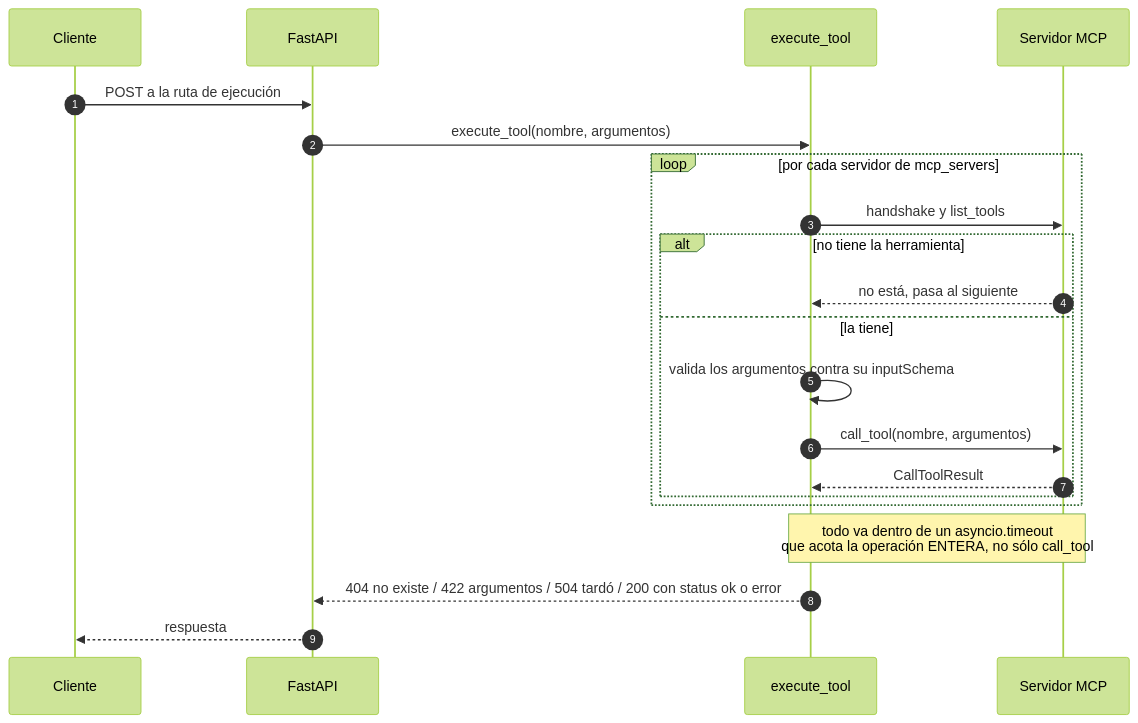
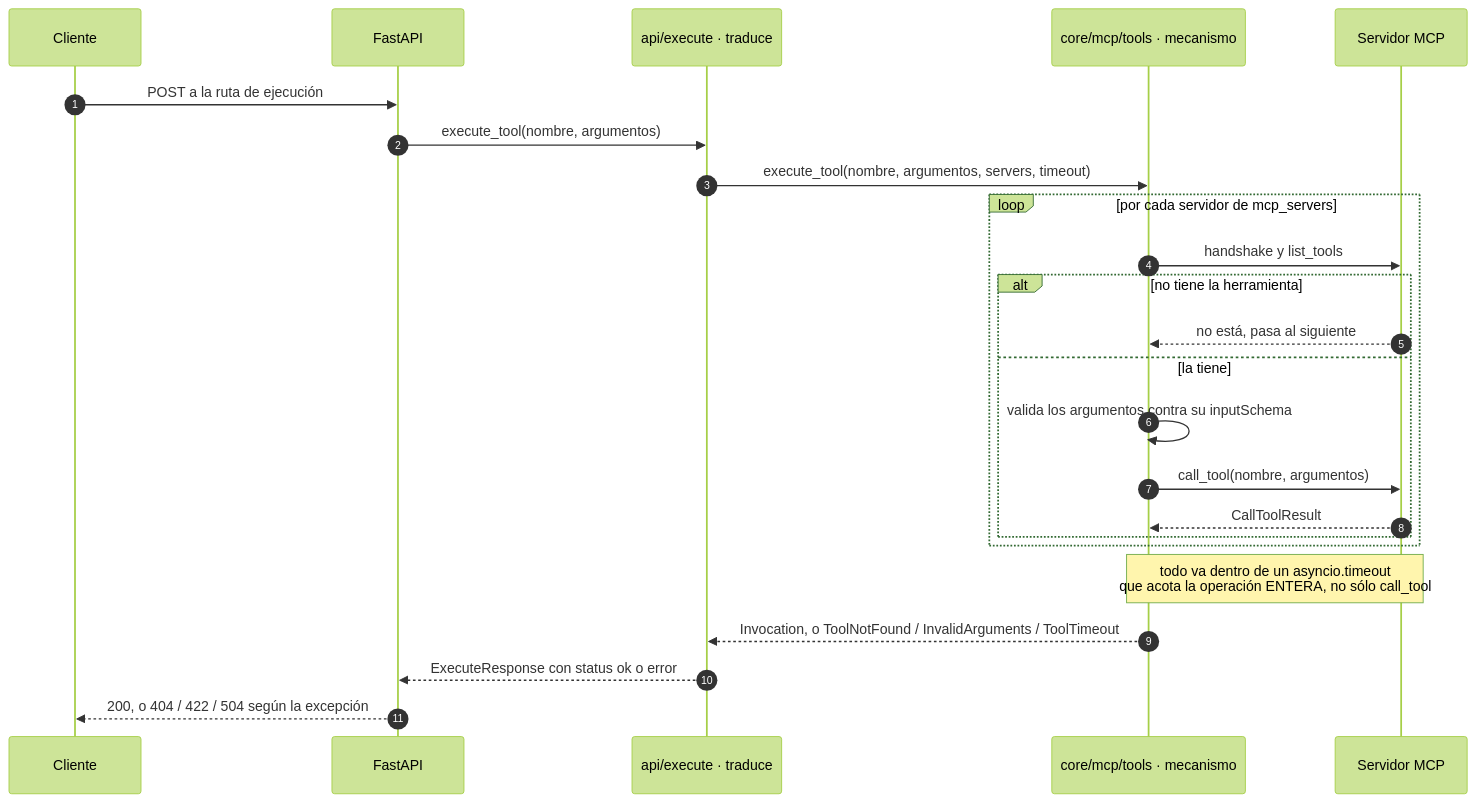
The fourth of 7 diagrams in docs/arquitectura.md (codeurjc-students/2026-ClickBaitAnalysis), drawn with Mermaid (forest theme) before and after one commit. The commit also changed other lines of this file and 15 other files, not shown here.

First line of the commit message:
refactor:  MCP session handling and tool invocation (#143)

````diff
--- a/docs/arquitectura.md
+++ b/docs/arquitectura.md
@@ -121,27 +121,30 @@
 ```mermaid
 sequenceDiagram
     autonumber
     participant C as Cliente
     participant API as FastAPI
-    participant EX as execute_tool
+    participant TR as api/execute · traduce
+    participant EX as core/mcp/tools · mecanismo
     participant M as Servidor MCP
 
     C->>API: POST a la ruta de ejecución
-    API->>EX: execute_tool(nombre, argumentos)
+    API->>TR: execute_tool(nombre, argumentos)
+    TR->>EX: execute_tool(nombre, argumentos, servers, timeout)
 
     loop por cada servidor de mcp_servers
         EX->>M: handshake y list_tools
         alt no tiene la herramienta
             M-->>EX: no está, pasa al siguiente
         else la tiene
             EX->>EX: valida los argumentos contra su inputSchema
             EX->>M: call_tool(nombre, argumentos)
             M-->>EX: CallToolResult
         end
     end
 
     Note over EX,M: todo va dentro de un asyncio.timeout<br/>que acota la operación ENTERA, no sólo call_tool
 
-    EX-->>API: 404 no existe / 422 argumentos / 504 tardó / 200 con status ok o error
-    API-->>C: respuesta
+    EX-->>TR: Invocation, o ToolNotFound / InvalidArguments / ToolTimeout
+    TR-->>API: ExecuteResponse con status ok o error
+    API-->>C: 200, o 404 / 422 / 504 según la excepción
 ```
````
